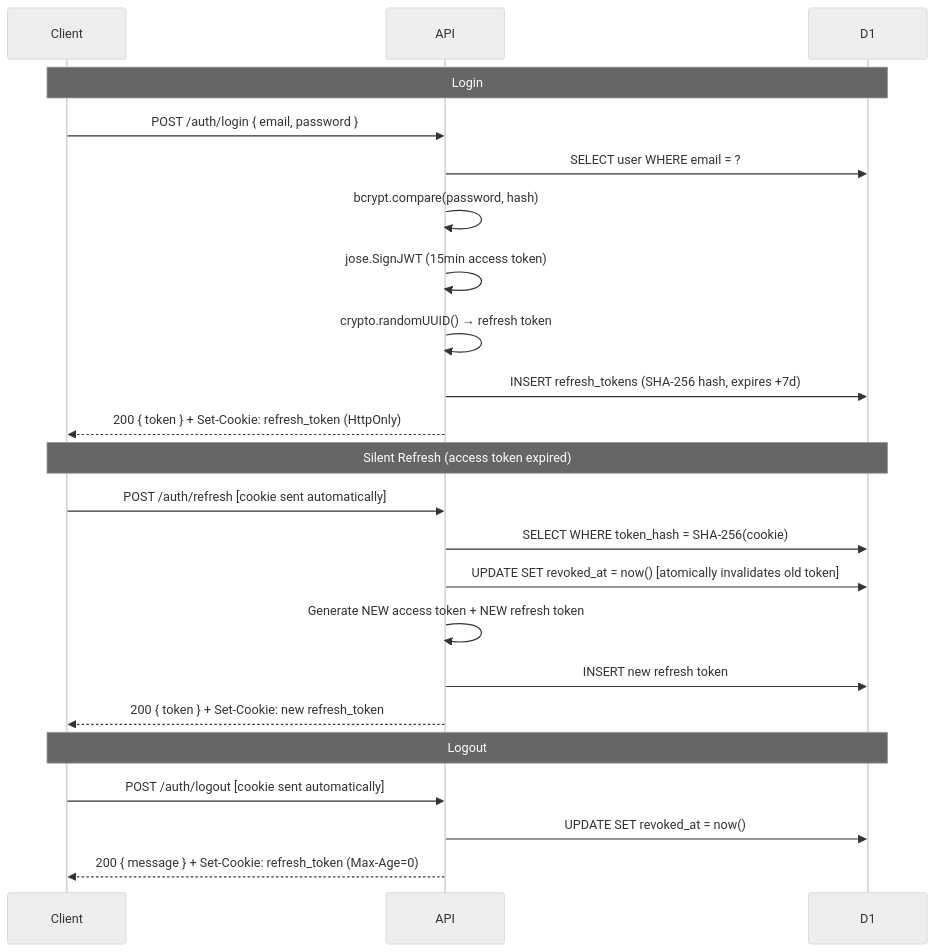
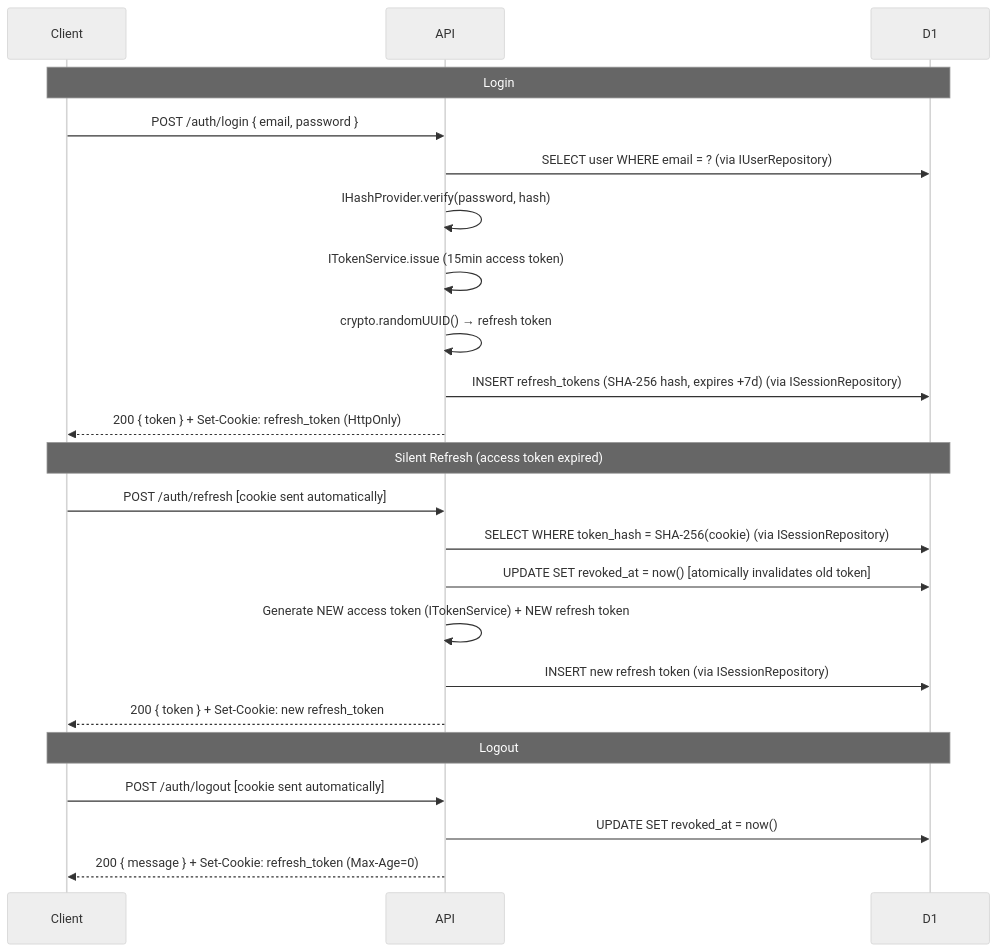
The diagram in docs/api-reference.md (fdemusso/BeechCMS), drawn with Mermaid (neutral theme) before and after one commit. The commit also changed other lines of this file and 170 other files, not shown here.

````diff
--- a/docs/api-reference.md
+++ b/docs/api-reference.md
@@ -107,28 +103,28 @@
 ```mermaid
 sequenceDiagram
     participant Client
     participant API
     participant D1
 
     Note over Client,D1: Login
     Client->>API: POST /auth/login { email, password }
-    API->>D1: SELECT user WHERE email = ?
-    API->>API: bcrypt.compare(password, hash)
-    API->>API: jose.SignJWT (15min access token)
+    API->>D1: SELECT user WHERE email = ? (via IUserRepository)
+    API->>API: IHashProvider.verify(password, hash)
+    API->>API: ITokenService.issue (15min access token)
     API->>API: crypto.randomUUID() → refresh token
-    API->>D1: INSERT refresh_tokens (SHA-256 hash, expires +7d)
+    API->>D1: INSERT refresh_tokens (SHA-256 hash, expires +7d) (via ISessionRepository)
     API-->>Client: 200 { token } + Set-Cookie: refresh_token (HttpOnly)
 
     Note over Client,D1: Silent Refresh (access token expired)
     Client->>API: POST /auth/refresh [cookie sent automatically]
-    API->>D1: SELECT WHERE token_hash = SHA-256(cookie)
+    API->>D1: SELECT WHERE token_hash = SHA-256(cookie) (via ISessionRepository)
     API->>D1: UPDATE SET revoked_at = now() [atomically invalidates old token]
-    API->>API: Generate NEW access token + NEW refresh token
-    API->>D1: INSERT new refresh token
+    API->>API: Generate NEW access token (ITokenService) + NEW refresh token
+    API->>D1: INSERT new refresh token (via ISessionRepository)
     API-->>Client: 200 { token } + Set-Cookie: new refresh_token
 
     Note over Client,D1: Logout
     Client->>API: POST /auth/logout [cookie sent automatically]
     API->>D1: UPDATE SET revoked_at = now()
     API-->>Client: 200 { message } + Set-Cookie: refresh_token (Max-Age=0)
 ```
````
